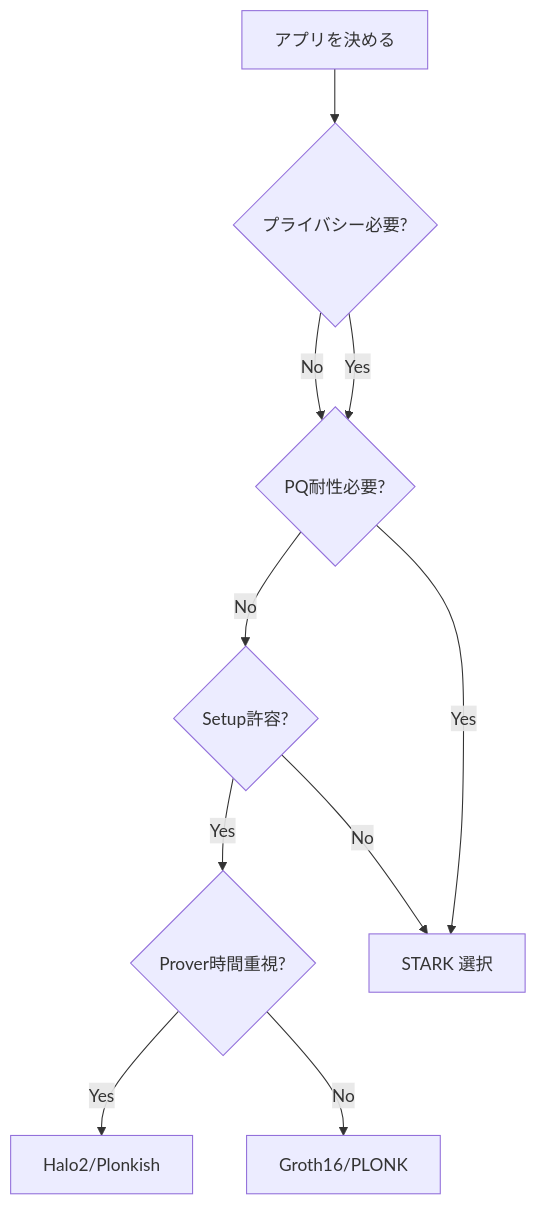
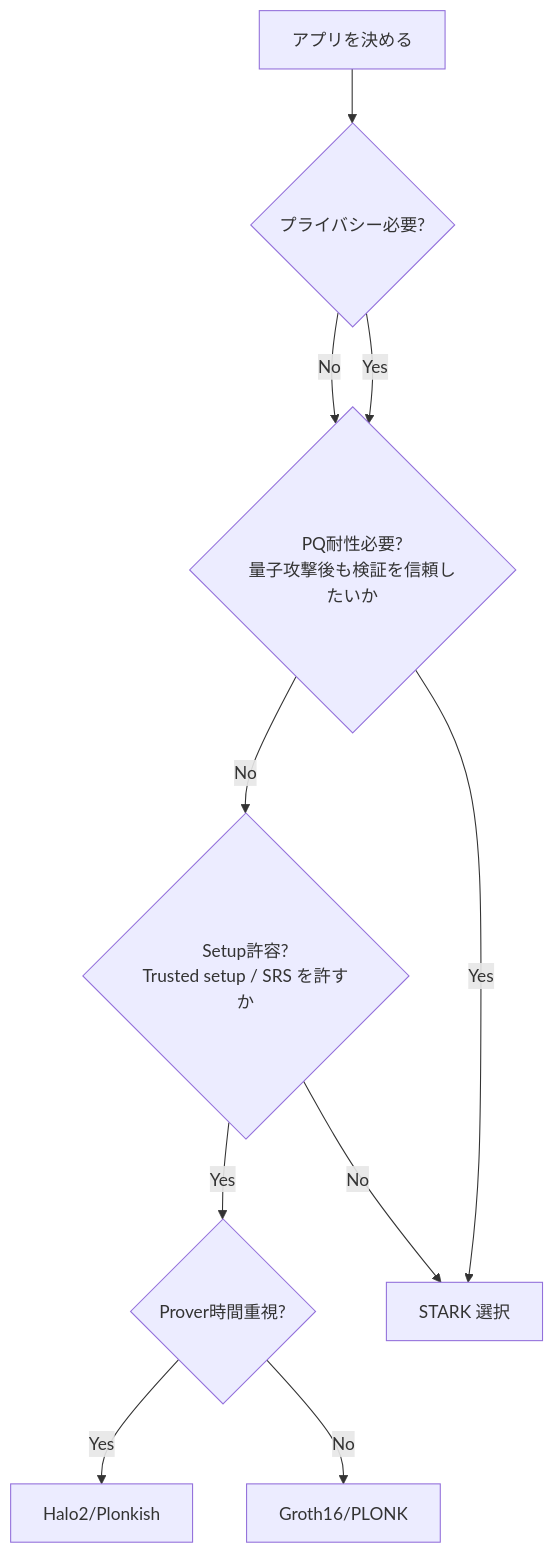
The eighth of 8 diagrams in articles/zkp-04-applications.md (kkuejo/ZKP), drawn with Mermaid before and after one commit. The commit also changed other lines of this file and 1 other file, not shown here.

````diff
--- a/articles/zkp-04-applications.md
+++ b/articles/zkp-04-applications.md
@@ -395,18 +401,18 @@
 ```mermaid
 flowchart TD
     Start[アプリを決める]
     Q1{プライバシー必要?}
-    Q2{PQ耐性必要?}
-    Q3{Setup許容?}
+    Q2{PQ耐性必要?<br/>量子攻撃後も検証を信頼したいか}
+    Q3{Setup許容?<br/>Trusted setup / SRS を許すか}
     Q4{Prover時間重視?}
     
     Start --> Q1
     Q1 -->|Yes| Q2
     Q1 -->|No| Q2
     Q2 -->|Yes| STARK[STARK 選択]
     Q2 -->|No| Q3
     Q3 -->|Yes| Q4
     Q3 -->|No| STARK
     Q4 -->|Yes| Halo2[Halo2/Plonkish]
     Q4 -->|No| Groth[Groth16/PLONK]
 ```
````
